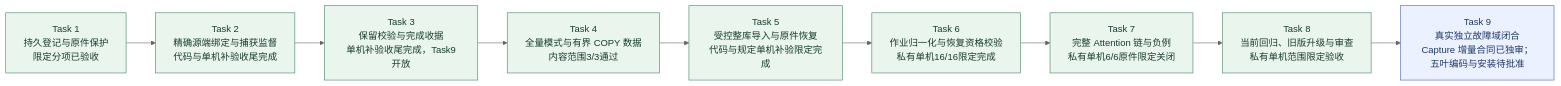
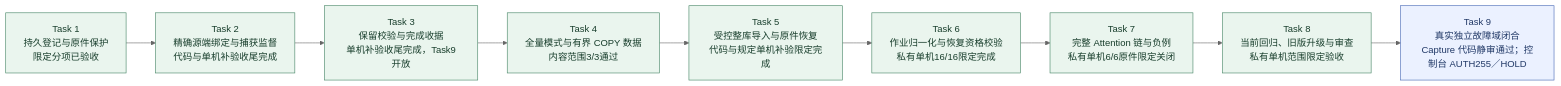
One commit to MansurnamedZhang/learning-system-p0c4 changed the second of 9 diagrams in docs/KnowWeave实施路线与系统架构.md. Above: the diagram before and after it, drawn with Mermaid (neutral theme). The commit also changed other lines of this file and 15 other files, not shown here.

First line of the commit message:
feat(task9): prepare the default-off Capture mount C0 candidate

````diff
--- a/docs/KnowWeave实施路线与系统架构.md
+++ b/docs/KnowWeave实施路线与系统架构.md
@@ -80,25 +80,25 @@
 ```mermaid
 flowchart LR
     C4T1["Task 1<br/>持久登记与原件保护<br/>限定分项已验收"]
     C4T2["Task 2<br/>精确源端绑定与捕获监督<br/>代码与单机补验收尾完成"]
     C4T3["Task 3<br/>保留校验与完成收据<br/>单机补验收尾完成，Task9开放"]
     C4T4["Task 4<br/>全量模式与有界 COPY 数据<br/>内容范围3/3通过"]
     C4T5["Task 5<br/>受控整库导入与原件恢复<br/>代码与规定单机补验限定完成"]
     C4T6["Task 6<br/>作业归一化与恢复资格校验<br/>私有单机16/16限定完成"]
     C4T7["Task 7<br/>完整 Attention 链与负例<br/>私有单机6/6原件限定关闭"]
     C4T8["Task 8<br/>当前回归、旧版升级与审查<br/>私有单机范围限定验收"]
-    C4T9["Task 9<br/>真实独立故障域闭合<br/>Capture 增量合同已独审；五叶编码与安装待批准"]
+    C4T9["Task 9<br/>真实独立故障域闭合<br/>Capture 代码静审通过；控制台 AUTH255／HOLD"]
     C4T1 --> C4T2
     C4T2 --> C4T3
     C4T3 --> C4T4
     C4T4 --> C4T5
     C4T5 --> C4T6
     C4T6 --> C4T7
     C4T7 --> C4T8
     C4T8 --> C4T9
     class C4T1,C4T2,C4T3,C4T4,C4T5,C4T6,C4T7,C4T8 done
     class C4T9 next
     classDef done fill:#eaf5ee,stroke:#438363,color:#173d2b
     classDef next fill:#ebf1ff,stroke:#4365b4,color:#203866
     classDef planned fill:#f2f4f8,stroke:#8591a3,color:#28354b
 ```
````
